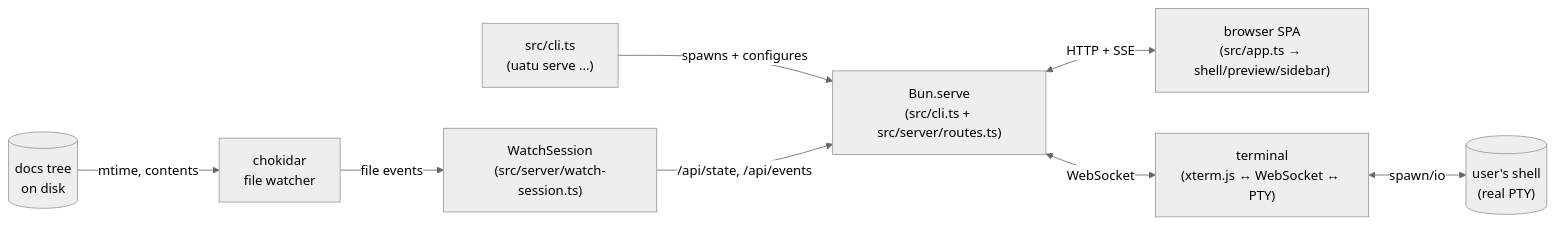
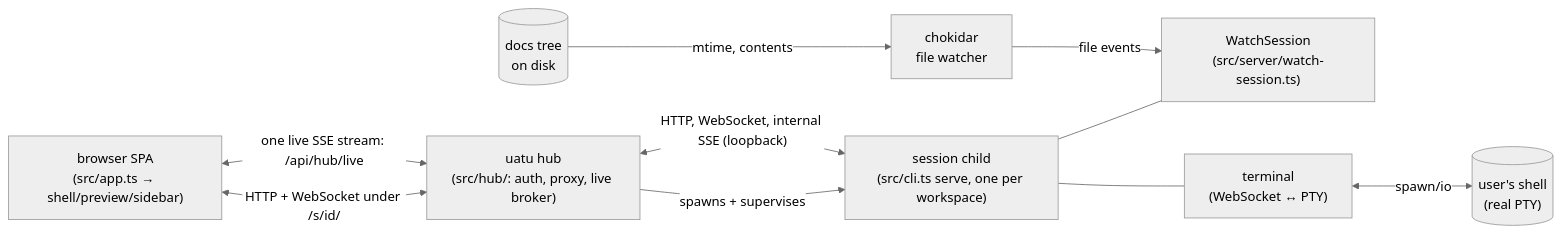
One commit to tjakobsson/uatu changed the first of 5 diagrams in ARCHITECTURE.md. Above: the diagram before and after it, drawn with Mermaid (neutral theme). The commit also changed other lines of this file and 149 other files, not shown here.

````diff
--- a/ARCHITECTURE.md
+++ b/ARCHITECTURE.md
@@ -13,19 +13,21 @@
 ```mermaid
 flowchart LR
-  CLI["src/cli.ts<br/>(uatu serve ...)"]
+  SPA["browser SPA<br/>(src/app.ts → shell/preview/sidebar)"]
+  Hub["uatu hub<br/>(src/hub/: auth, proxy, live broker)"]
+  Child["session child<br/>(src/cli.ts serve, one per workspace)"]
+  Session["WatchSession<br/>(src/server/watch-session.ts)"]
   WS["chokidar<br/>file watcher"]
-  Server["Bun.serve<br/>(src/cli.ts + src/server/routes.ts)"]
-  Session["WatchSession<br/>(src/server/watch-session.ts)"]
-  SPA["browser SPA<br/>(src/app.ts → shell/preview/sidebar)"]
-  Term["terminal<br/>(xterm.js ↔ WebSocket ↔ PTY)"]
+  Term["terminal<br/>(WebSocket ↔ PTY)"]
   FS[("docs tree<br/>on disk")]
   Term_PTY[("user's shell<br/>(real PTY)")]
 
-  CLI -- spawns + configures --> Server
+  Hub -- spawns + supervises --> Child
+  SPA <-- "HTTP + WebSocket under /s/id/" --> Hub
+  SPA <-- "one live SSE stream: /api/hub/live" --> Hub
+  Hub <-- "HTTP, WebSocket, internal SSE (loopback)" --> Child
+  Child --- Session
+  Child --- Term
+  FS -- mtime, contents --> WS
   WS -- file events --> Session
-  FS -- mtime, contents --> WS
-  Server <-- HTTP + SSE --> SPA
-  Server <-- WebSocket --> Term
   Term <-- spawn/io --> Term_PTY
-  Session -- /api/state, /api/events --> Server
 ```
````
